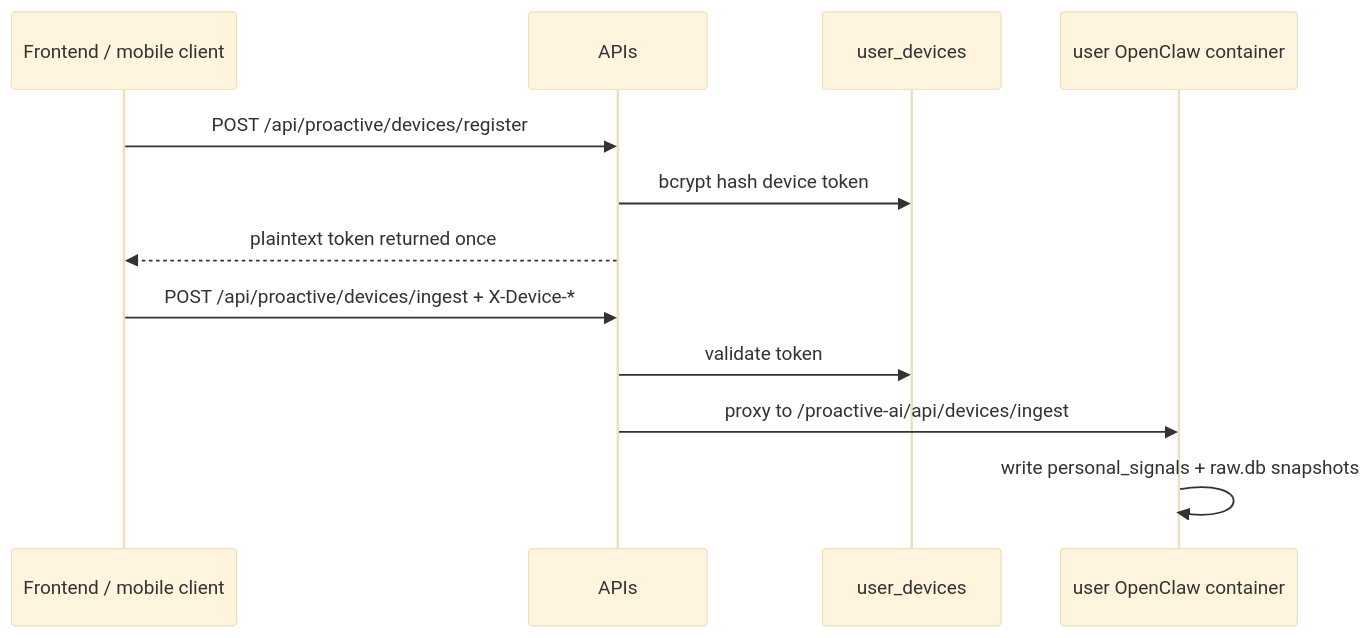
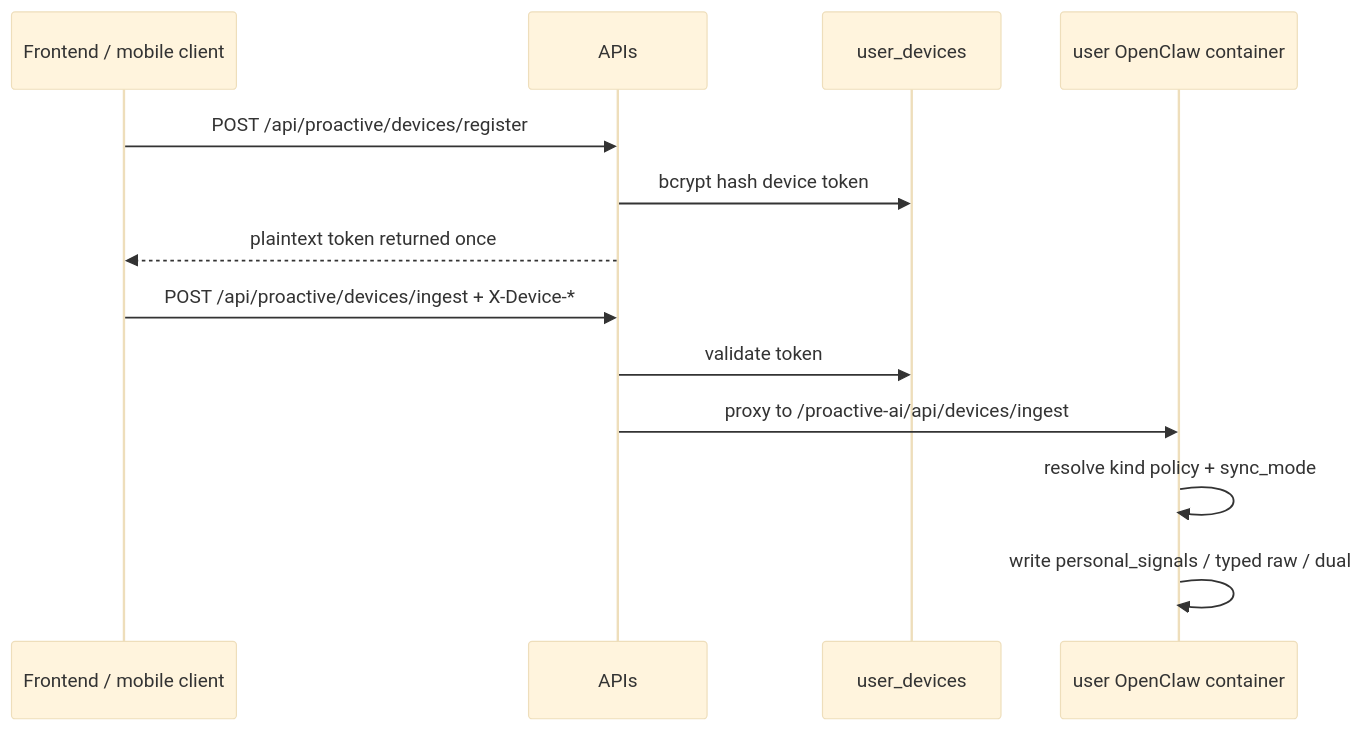
The fourth of 4 diagrams in docs/modules/data-connectors.mdx (Edge-AI-HQ/proactive-assistant), drawn with Mermaid (base theme) before and after one commit. The commit also changed other lines of this file and 16 other files, not shown here.

First line of the commit message:
feat(device): add health raw ingest policy

````diff
--- a/docs/modules/data-connectors.mdx
+++ b/docs/modules/data-connectors.mdx
@@ -178,15 +179,16 @@
 ```mermaid
 sequenceDiagram
   participant FE as Frontend / mobile client
   participant APIs as APIs
   participant DB as user_devices
   participant OC as user OpenClaw container
 
   FE->>APIs: POST /api/proactive/devices/register
   APIs->>DB: bcrypt hash device token
   APIs-->>FE: plaintext token returned once
   FE->>APIs: POST /api/proactive/devices/ingest + X-Device-*
   APIs->>DB: validate token
   APIs->>OC: proxy to /proactive-ai/api/devices/ingest
-  OC->>OC: write personal_signals + raw.db snapshots
+  OC->>OC: resolve kind policy + sync_mode
+  OC->>OC: write personal_signals / typed raw / dual
 ```
````
